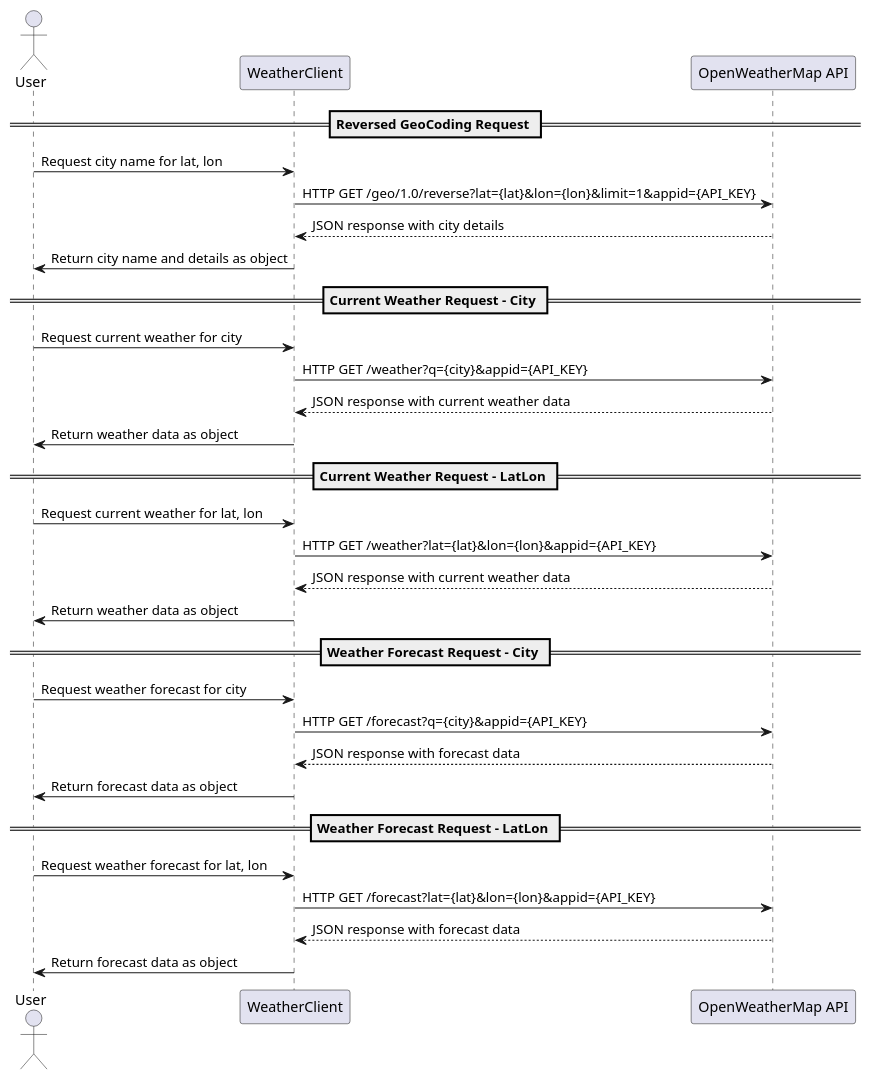
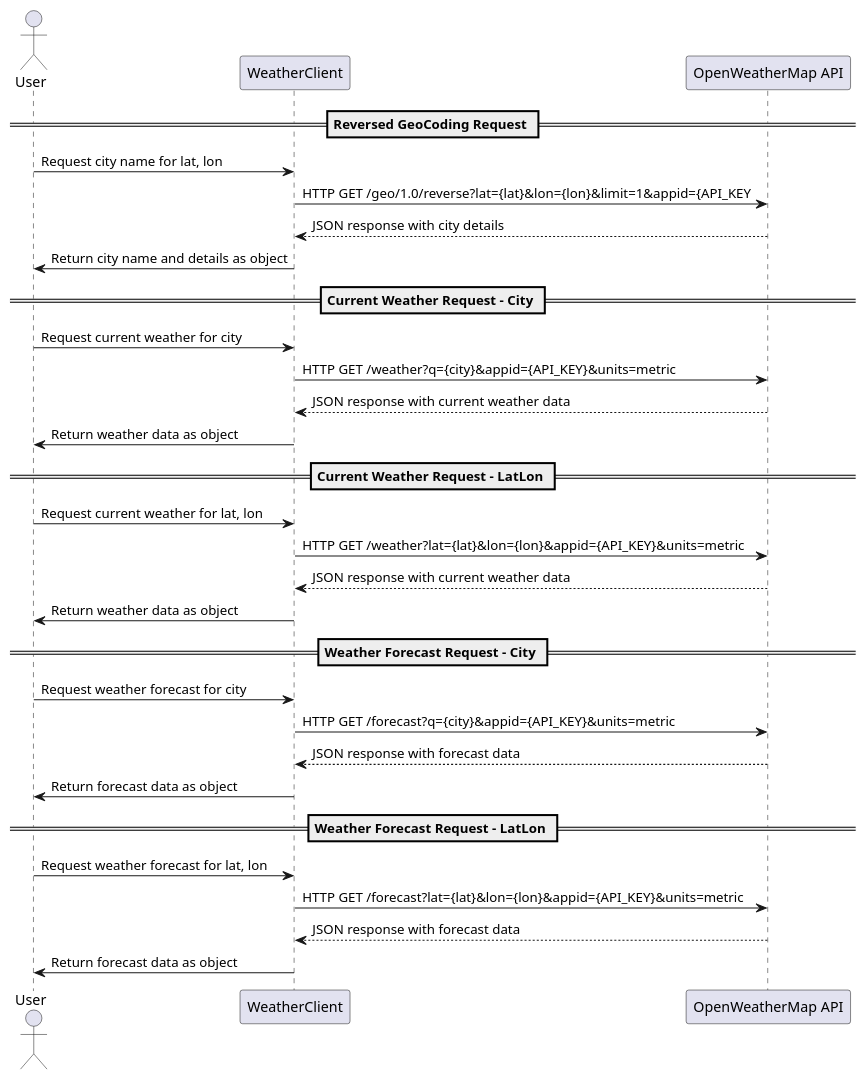
The diagram in design/weather-client-sequence-diagram.puml (fresel/cf-weather-data), drawn with PlantUML before and after one commit. The commit also changed 4 other files, not shown here.

```diff
--- a/design/weather-client-sequence-diagram.puml
+++ b/design/weather-client-sequence-diagram.puml
@@ -2,35 +2,35 @@
 @startuml weather-client-sequence-diagram
 actor User
 participant "WeatherClient" as WC
 participant "OpenWeatherMap API" as OWM
 
 == Reversed GeoCoding Request ==
 User -> WC: Request city name for lat, lon
-WC -> OWM: HTTP GET /geo/1.0/reverse?lat={lat}&lon={lon}&limit=1&appid={API_KEY}
+WC -> OWM: HTTP GET /geo/1.0/reverse?lat={lat}&lon={lon}&limit=1&appid={API_KEY
 OWM --> WC: JSON response with city details
 WC -> User: Return city name and details as object
 
 == Current Weather Request - City ==
 User -> WC: Request current weather for city
-WC -> OWM: HTTP GET /weather?q={city}&appid={API_KEY}
+WC -> OWM: HTTP GET /weather?q={city}&appid={API_KEY}&units=metric
 OWM --> WC: JSON response with current weather data
 WC -> User: Return weather data as object
 
 == Current Weather Request - LatLon ==
 User -> WC: Request current weather for lat, lon
-WC -> OWM: HTTP GET /weather?lat={lat}&lon={lon}&appid={API_KEY}
+WC -> OWM: HTTP GET /weather?lat={lat}&lon={lon}&appid={API_KEY}&units=metric
 OWM --> WC: JSON response with current weather data
 WC -> User: Return weather data as object
 
 == Weather Forecast Request - City ==
 User -> WC: Request weather forecast for city
-WC -> OWM: HTTP GET /forecast?q={city}&appid={API_KEY}
+WC -> OWM: HTTP GET /forecast?q={city}&appid={API_KEY}&units=metric
 OWM --> WC: JSON response with forecast data
 WC -> User: Return forecast data as object
 
 == Weather Forecast Request - LatLon ==
 User -> WC: Request weather forecast for lat, lon
-WC -> OWM: HTTP GET /forecast?lat={lat}&lon={lon}&appid={API_KEY}
+WC -> OWM: HTTP GET /forecast?lat={lat}&lon={lon}&appid={API_KEY}&units=metric
 OWM --> WC: JSON response with forecast data
 WC -> User: Return forecast data as object
 @enduml
```
